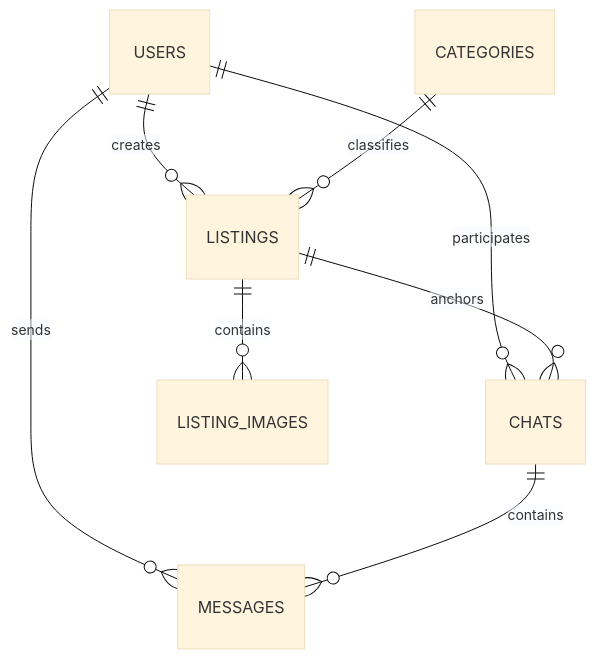
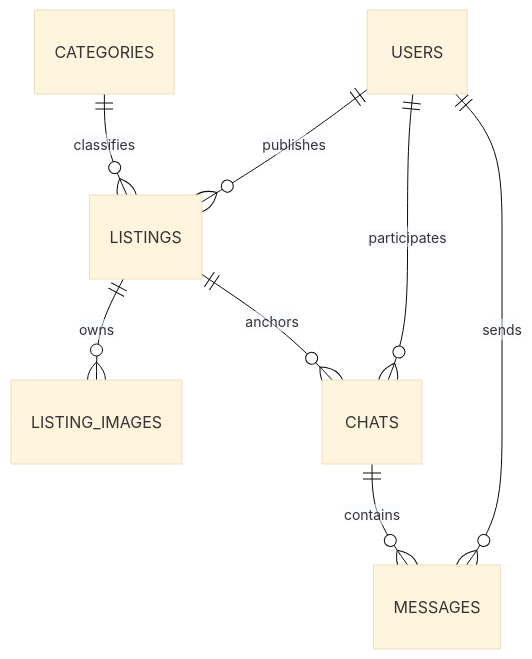
The diagram in README.md (georgypevchikh/stuff-sycle-case-study), drawn with Mermaid (base theme) before and after one commit. The commit also changed other lines of this file and 6 other files, not shown here.

````diff
--- a/README.md
+++ b/README.md
@@ -141,10 +129,10 @@
 ```mermaid
 erDiagram
-    USERS ||--o{ LISTINGS : creates
+    USERS ||--o{ LISTINGS : publishes
+    CATEGORIES ||--o{ LISTINGS : classifies
+    LISTINGS ||--o{ LISTING_IMAGES : owns
+    LISTINGS ||--o{ CHATS : anchors
     USERS ||--o{ CHATS : participates
+    CHATS ||--o{ MESSAGES : contains
     USERS ||--o{ MESSAGES : sends
-    CATEGORIES ||--o{ LISTINGS : classifies
-    LISTINGS ||--o{ LISTING_IMAGES : contains
-    LISTINGS ||--o{ CHATS : anchors
-    CHATS ||--o{ MESSAGES : contains
 ```
````
